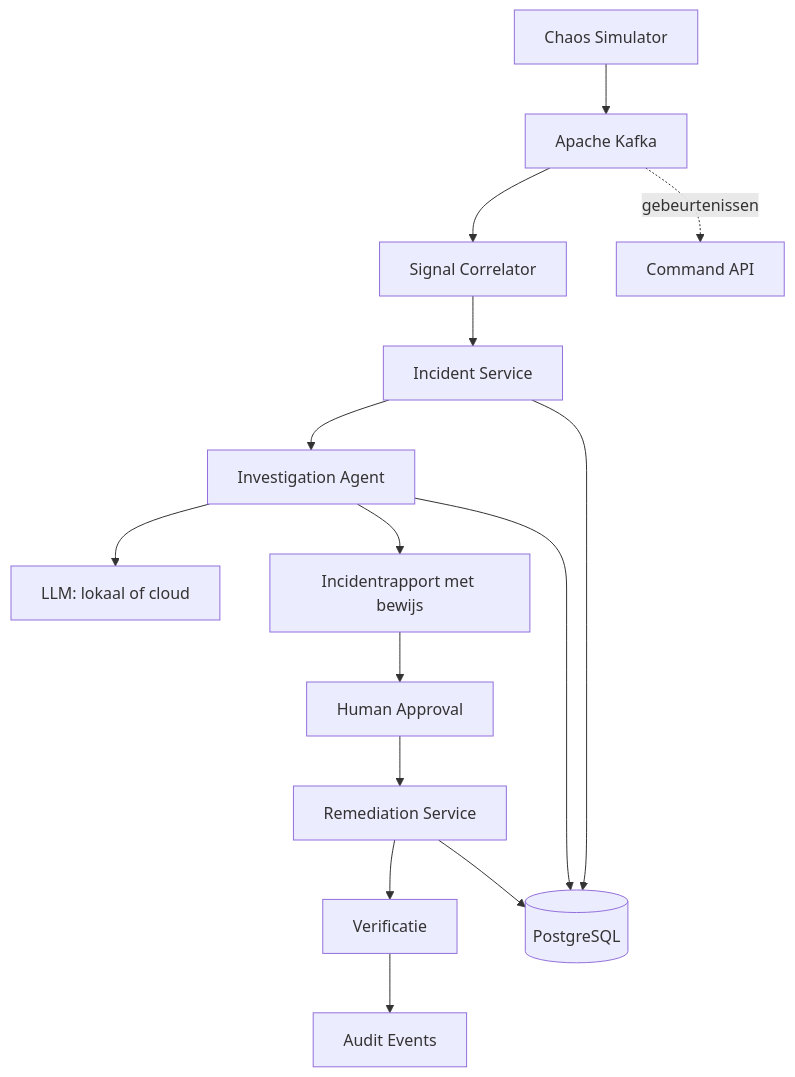
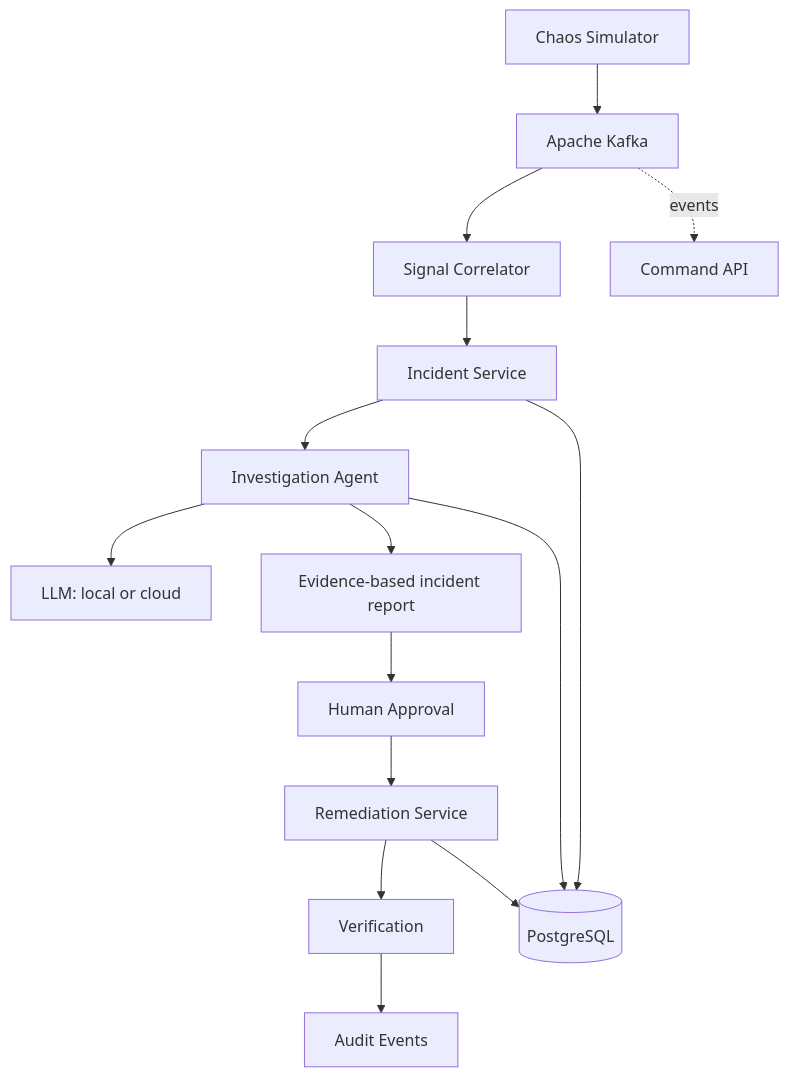
One commit to agilesolutions/AI-Incident-Commander changed the diagram in README.md. Above: the diagram before and after it, drawn with Mermaid. The commit also changed other lines of this file and 6 other files, not shown here.

````diff
--- a/README.md
+++ b/README.md
@@ -39,18 +39,18 @@
 ```mermaid
 flowchart TD
     A[Chaos Simulator] --> B[Apache Kafka]
     B --> C[Signal Correlator]
     C --> D[Incident Service]
     D --> E[Investigation Agent]
-    E --> F[LLM: lokaal of cloud]
-    E --> G[Incidentrapport met bewijs]
+    E --> F[LLM: local or cloud]
+    E --> G[Evidence-based incident report]
     G --> H[Human Approval]
     H --> I[Remediation Service]
-    I --> J[Verificatie]
+    I --> J[Verification]
     J --> K[Audit Events]
 
-    B -. gebeurtenissen .-> L[Command API]
+    B -. events .-> L[Command API]
     D --> M[(PostgreSQL)]
     E --> M
     I --> M
 ```
````
